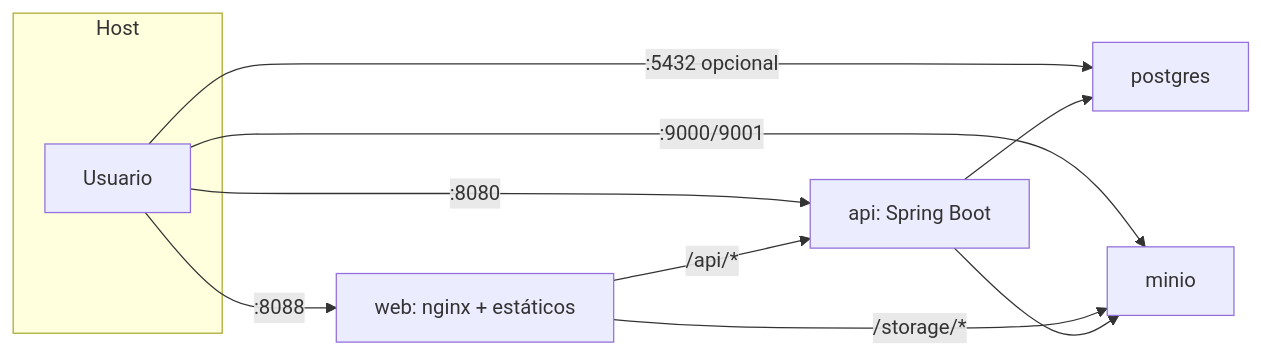
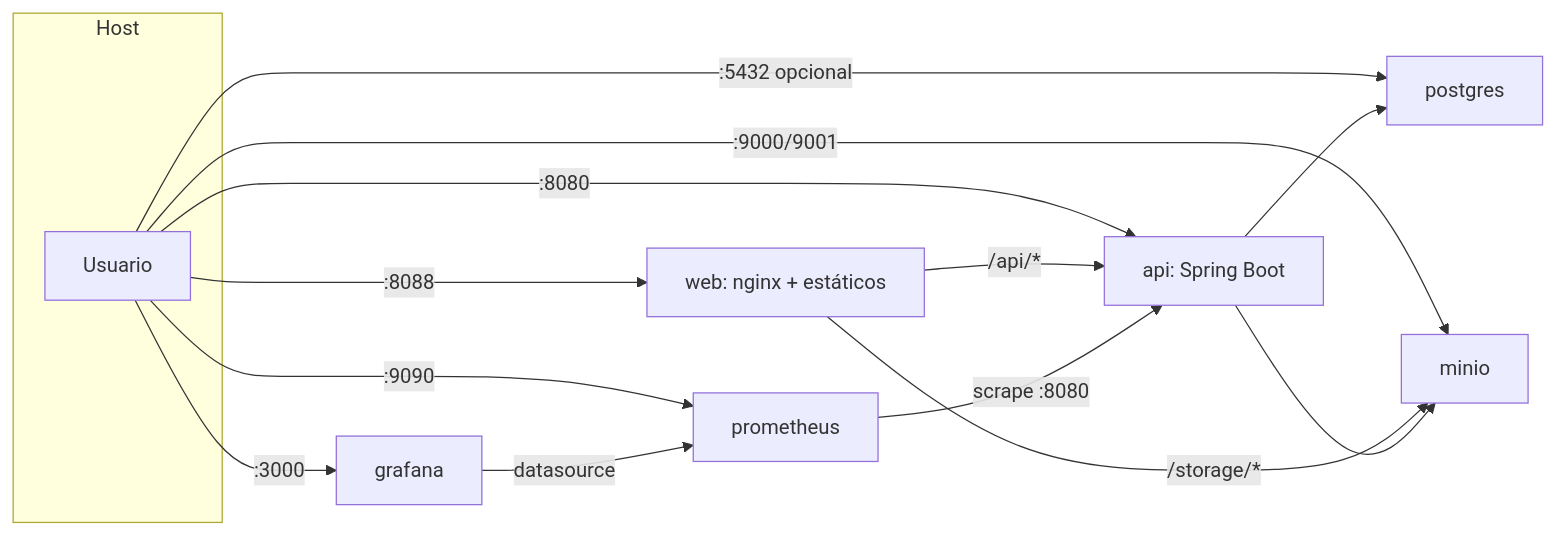
One commit to kurtlobato/IOL-Challenge changed the second of 9 diagrams in youtube/DESIGN.md. Above: the diagram before and after it, drawn with Mermaid. The commit also changed other lines of this file, not shown here.

First line of the commit message:
Update DESIGN.md to clarify system architecture and decision-making processes

````diff
--- a/youtube/DESIGN.md
+++ b/youtube/DESIGN.md
@@ -60,14 +60,18 @@
 ```mermaid
 flowchart LR
   subgraph host["Host"]
     U[Usuario]
   end
   U -->|:8088| web[web: nginx + estáticos]
   U -->|:8080| api[api: Spring Boot]
   U -->|:9000/9001| minio[minio]
   U -->|:5432 opcional| pg[postgres]
+  U -->|:9090| prom[prometheus]
+  U -->|:3000| graf[grafana]
   web -->|"/api/*"| api
   web -->|"/storage/*"| minio
   api --> pg
   api --> minio
+  prom -->|scrape :8080| api
+  graf -->|datasource| prom
 ```
````
